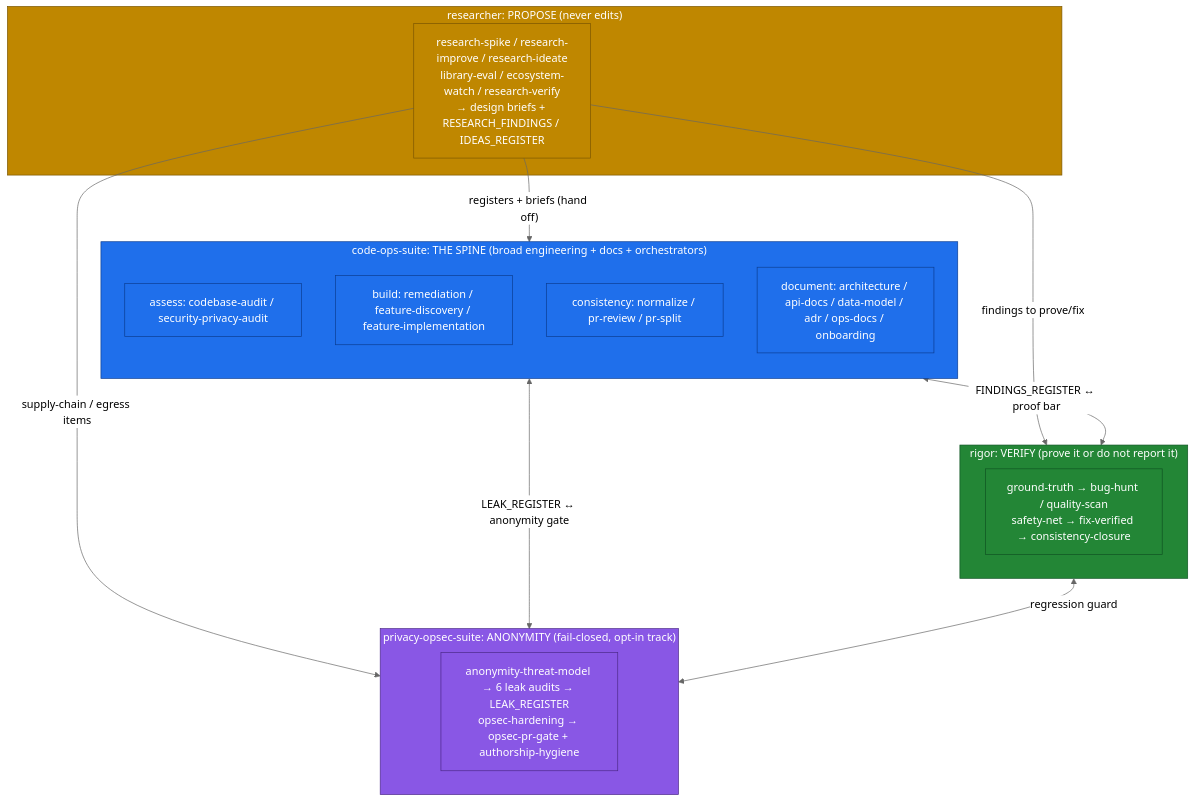
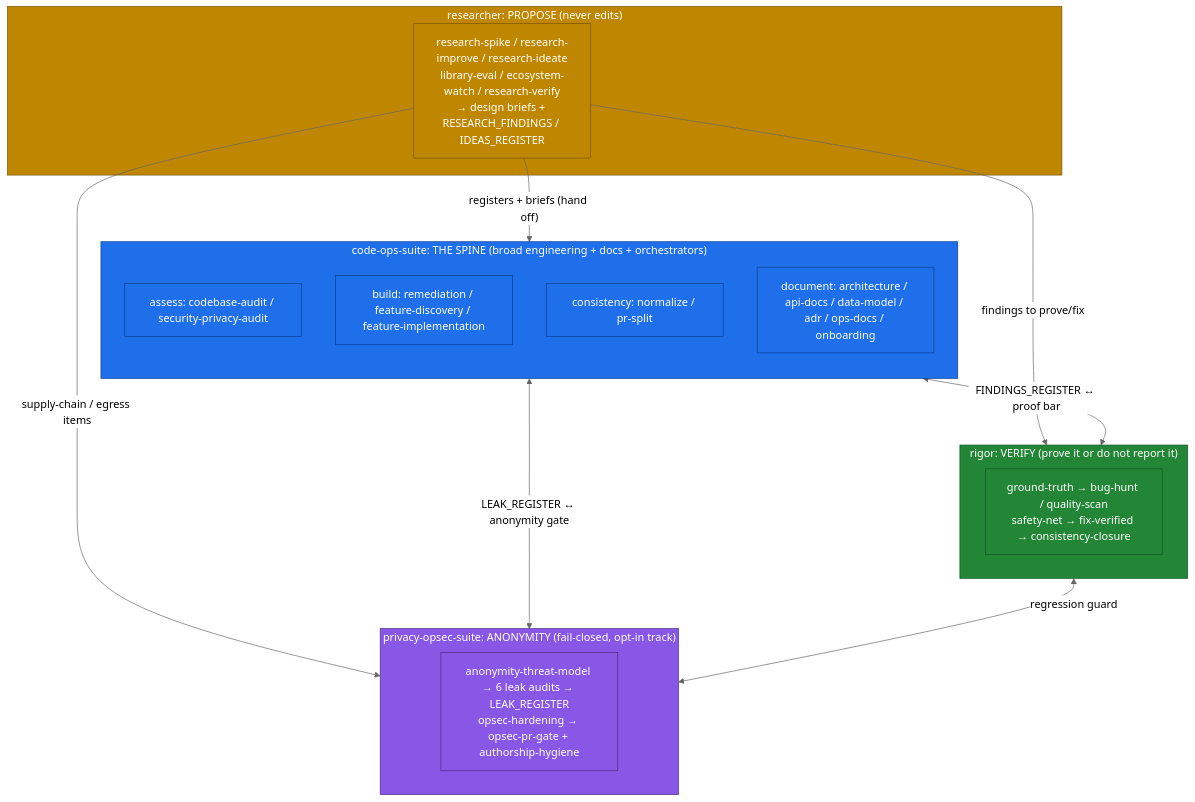
The first of 2 diagrams in code-ops-docs/40 Engineering/Handbook/02-mental-model.md (skylarsabo/code-ops), drawn with Mermaid (neutral theme) before and after one commit. The commit also changed other lines of this file and 40 other files, not shown here.

````diff
--- a/code-ops-docs/40 Engineering/Handbook/02-mental-model.md
+++ b/code-ops-docs/40 Engineering/Handbook/02-mental-model.md
@@ -91,39 +91,39 @@
 ```mermaid
 flowchart TB
     subgraph propose["researcher: PROPOSE (never edits)"]
         R["research-spike / research-improve / research-ideate<br/>library-eval / ecosystem-watch / research-verify<br/>→ design briefs + RESEARCH_FINDINGS / IDEAS_REGISTER"]
     end
 
     subgraph spine["code-ops-suite: THE SPINE (broad engineering + docs + orchestrators)"]
         direction TB
         AUDIT["assess: codebase-audit / security-privacy-audit"]
         BUILD["build: remediation / feature-discovery / feature-implementation"]
-        NORM["consistency: normalize / pr-review / pr-split"]
+        NORM["consistency: normalize / pr-split"]
         DOCS["document: architecture / api-docs / data-model / adr / ops-docs / onboarding"]
     end
 
     subgraph verify["rigor: VERIFY (prove it or do not report it)"]
         V["ground-truth → bug-hunt / quality-scan<br/>safety-net → fix-verified → consistency-closure"]
     end
 
     subgraph anon["privacy-opsec-suite: ANONYMITY (fail-closed, opt-in track)"]
         P["anonymity-threat-model → 6 leak audits → LEAK_REGISTER<br/>opsec-hardening → opsec-pr-gate + authorship-hygiene"]
     end
 
     R -->|"registers + briefs (hand off)"| spine
     R -->|"findings to prove/fix"| verify
     R -->|"supply-chain / egress items"| anon
 
     spine <-->|"FINDINGS_REGISTER ↔ proof bar"| verify
     spine <-->|"LEAK_REGISTER ↔ anonymity gate"| anon
     verify <-->|"regression guard"| anon
 
     classDef spineCls fill:#1f6feb,stroke:#0b3d91,color:#fff;
     classDef verifyCls fill:#238636,stroke:#0f5323,color:#fff;
     classDef anonCls fill:#8957e5,stroke:#4c2889,color:#fff;
     classDef proposeCls fill:#bf8700,stroke:#7a5600,color:#fff;
     class spine,AUDIT,BUILD,NORM,DOCS spineCls;
     class verify,V verifyCls;
     class anon,P anonCls;
     class propose,R proposeCls;
 ```
````
